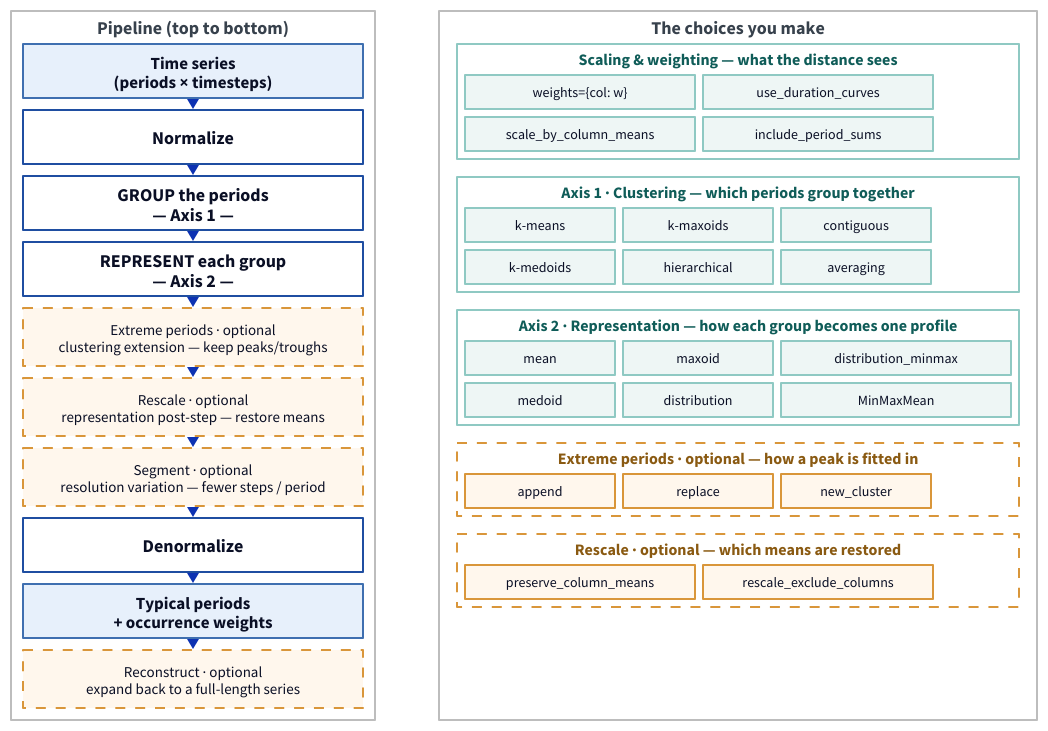
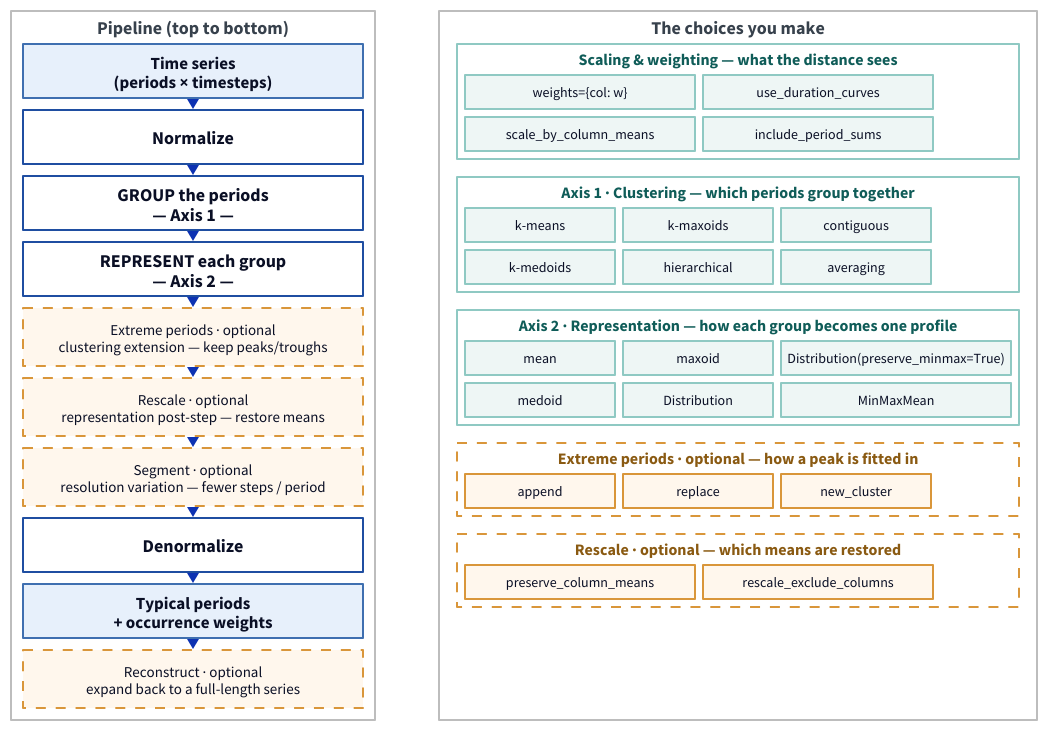
Before and after one commit to FZJ-IEK3-VSA/tsam: the diagram in docs/assets/architecture/aggregation_methods.d2, drawn with D2. The commit also changed 30 other files, not shown here.

First line of the commit message:
fix: reject the "distribution" and "distribution_minmax" representation strings (#489)

```diff
--- a/docs/assets/architecture/aggregation_methods.d2
+++ b/docs/assets/architecture/aggregation_methods.d2
@@ -1,115 +1,115 @@
 # Aggregation pipeline — the two recombinable axes (grouping × representation), the
 # optional post-steps (extremes, rescale, segmentation) and the return path
 # (denormalize, reconstruct), in pipeline order. Required stages are solid blue;
 # OPTIONAL steps are dashed amber. The right column lists the options each stage
 # takes, in the same top-to-bottom order as the stages they configure. Conceptual
 # companion to the how-aggregation-works overview. Regenerate:
 #   d2 aggregation_methods.d2 aggregation_methods.svg
 
 direction: down
 
 vars: {
   d2-config: { pad: 12 }
 }
 
 classes: {
   side: { style: { fill: transparent; stroke: "#bdbdbd"; font-size: 18; bold: true; font-color: "#37414c" } }
   # required pipeline stages (solid, blue)
   stage: { width: 340; height: 54; style: { fill: "#ffffff"; stroke: "#1f4ea1"; stroke-width: 2; font-size: 18; bold: true } }
   # OPTIONAL steps (dashed, amber) — visually distinct from required stages
   opt: { width: 340; height: 58; style: { fill: "#fff7ed"; stroke: "#d9963a"; stroke-width: 2; stroke-dash: 5; font-size: 15; bold: false } }
   # data in / out (blue)
   io: { width: 340; height: 54; style: { fill: "#e7f0fb"; stroke: "#3f6fb0"; stroke-width: 2; font-size: 17 } }
   # menu container titles
   menu: { style: { fill: transparent; stroke: "#8fc9c3"; stroke-width: 2; font-size: 16; bold: true; font-color: "#0f5c58" } }
   # menu container titles for OPTIONAL steps — amber, to match the dashed stages
   menu_opt: { style: { fill: transparent; stroke: "#d9963a"; stroke-width: 2; stroke-dash: 5; font-size: 16; bold: true; font-color: "#8a5a12" } }
   # option chips: method names (short)
   chip: { width: 150; height: 34; style: { fill: "#eef6f5"; stroke: "#8fc9c3"; bold: false; font-size: 14 } }
   # option chips: keyword-argument names (long) — wider so they do not wrap
   kwchip: { width: 230; height: 34; style: { fill: "#eef6f5"; stroke: "#8fc9c3"; bold: false; font-size: 14 } }
   # option chips for OPTIONAL steps — amber
   kwchip_opt: { width: 230; height: 34; style: { fill: "#fff7ed"; stroke: "#d9963a"; bold: false; font-size: 14 } }
   chip_opt: { width: 150; height: 34; style: { fill: "#fff7ed"; stroke: "#d9963a"; bold: false; font-size: 14 } }
 }
 
 grid-columns: 2
 grid-gap: 64
 
 # ── Left: the pipeline, top to bottom. Required stages solid; optional dashed. ──
 flow: "Pipeline (top to bottom)" {
   class: side
   grid-columns: 1
   grid-gap: 12
 
   tin: "Time series\n(periods × timesteps)" { class: io }
   norm: "Normalize" { class: stage }
   group: "GROUP the periods\n— Axis 1 —" { class: stage }
   rep: "REPRESENT each group\n— Axis 2 —" { class: stage }
   ext: "Extreme periods  ·  optional\nclustering extension — keep peaks/troughs" { class: opt }
   resc: "Rescale  ·  optional\nrepresentation post-step — restore means" { class: opt }
   seg: "Segment  ·  optional\nresolution variation — fewer steps / period" { class: opt }
   den: "Denormalize" { class: stage }
   out: "Typical periods\n+ occurrence weights" { class: io }
   rec: "Reconstruct  ·  optional\nexpand back to a full-length series" { class: opt }
 
   tin -> norm -> group -> rep -> ext -> resc -> seg -> den -> out -> rec
 }
 
 # ── Right: the options each stage takes, in the same order as the stages ────────
 choices: "The choices you make" {
   class: side
   grid-columns: 1
   grid-gap: 18
 
   scal: "Scaling & weighting — what the distance sees" {
     class: menu
     grid-columns: 2
     grid-gap: 8
     w1: "weights={col: w}" { class: kwchip }
     w2: "scale_by_column_means" { class: kwchip }
     w3: "use_duration_curves" { class: kwchip }
     w4: "include_period_sums" { class: kwchip }
   }
 
   clu: "Axis 1 · Clustering — which periods group together" {
     class: menu
     grid-columns: 3
     grid-gap: 8
     a1: "k-means" { class: chip }
     a2: "k-medoids" { class: chip }
     a3: "k-maxoids" { class: chip }
     a4: "hierarchical" { class: chip }
     a5: "contiguous" { class: chip }
     a6: "averaging" { class: chip }
   }
 
   repr: "Axis 2 · Representation — how each group becomes one profile" {
     class: menu
     grid-columns: 3
     grid-gap: 8
     b1: "mean" { class: chip }
     b2: "medoid" { class: chip }
     b3: "maxoid" { class: chip }
-    b4: "distribution" { class: chip }
-    b5: "distribution_minmax" { class: kwchip }
+    b4: "Distribution" { class: chip }
+    b5: "Distribution(preserve_minmax=True)" { class: kwchip }
     b6: "MinMaxMean" { class: chip }
   }
 
   extm: "Extreme periods  ·  optional — how a peak is fitted in" {
     class: menu_opt
     grid-columns: 3
     grid-gap: 8
     e1: "append" { class: chip_opt }
     e2: "replace" { class: chip_opt }
     e3: "new_cluster" { class: chip_opt }
   }
 
   rescm: "Rescale  ·  optional — which means are restored" {
     class: menu_opt
     grid-columns: 2
     grid-gap: 8
     r1: "preserve_column_means" { class: kwchip_opt }
     r2: "rescale_exclude_columns" { class: kwchip_opt }
   }
 }
```
